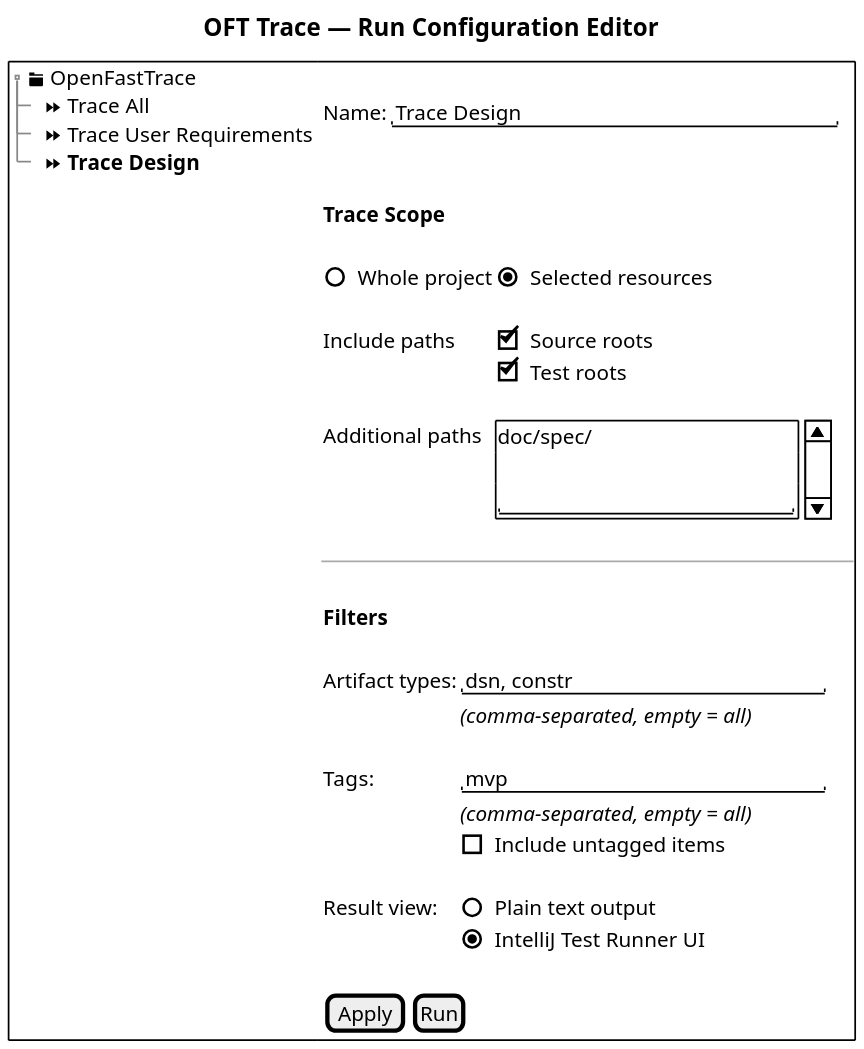
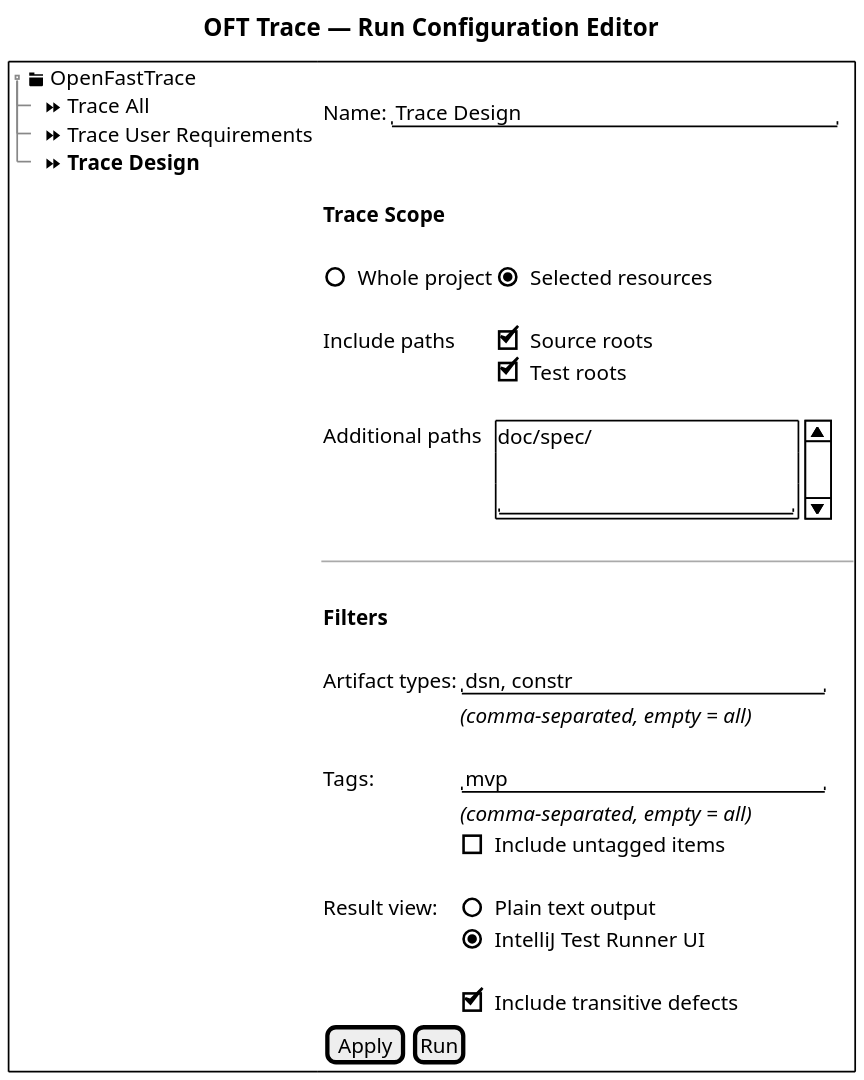
One commit to itsallcode/openfasttrace-intellij-plugin changed the seventh of 7 diagrams in doc/design/building_block_view.md. Above: the diagram before and after it, drawn with PlantUML. The commit also changed 3 other files, not shown here.

````diff
--- a/doc/design/building_block_view.md
+++ b/doc/design/building_block_view.md
@@ -418,58 +418,59 @@
 ```plantuml
 @startsalt
 title OFT Trace — Run Configuration Editor
 scale 2
 {+
   {T
     + <&folder> OpenFastTrace
     ++ <&media-skip-forward> Trace All
     ++ <&media-skip-forward> Trace User Requirements
     ++ <&media-skip-forward> <b>Trace Design
   } |
   {
     {
         .
         Name: | "Trace Design                    "
         .
     }
     {
         .
         <b>Trace Scope
         .
         ()  Whole project         |  (X) Selected resources
         .                         | .
         Include paths             | [X] Source roots
         .                         | [X] Test roots
         .                         | .
         Additional paths          | {SI
                                      doc/spec/
 
                                      .
                                      "                     "
                                     }
         .
       }
       ---
       {
         .
         <b>Filters      | .
         .               | .
         Artifact types: | "dsn, constr               "
         .               | <i>(comma-separated, empty = all)
         .               | .
         Tags:           | "mvp                       "
         .               | <i>(comma-separated, empty = all)
         .               |  [ ] Include untagged items
         .               | .
         Result view:    | ()  Plain text output
         .               | (X) IntelliJ Test Runner UI
         .               | .
+        .               | [X] Include transitive defects
     }
 
     {
       [Apply] | [Run]
     }
   }
 }
 @endsalt
 ```
````
